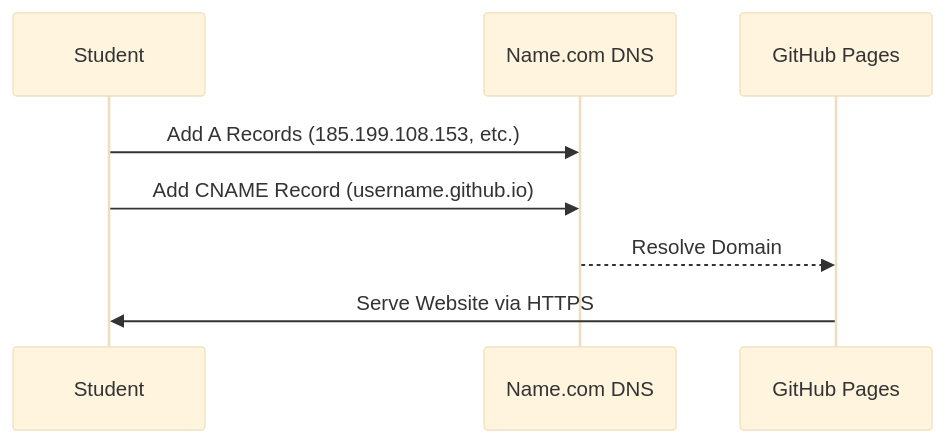
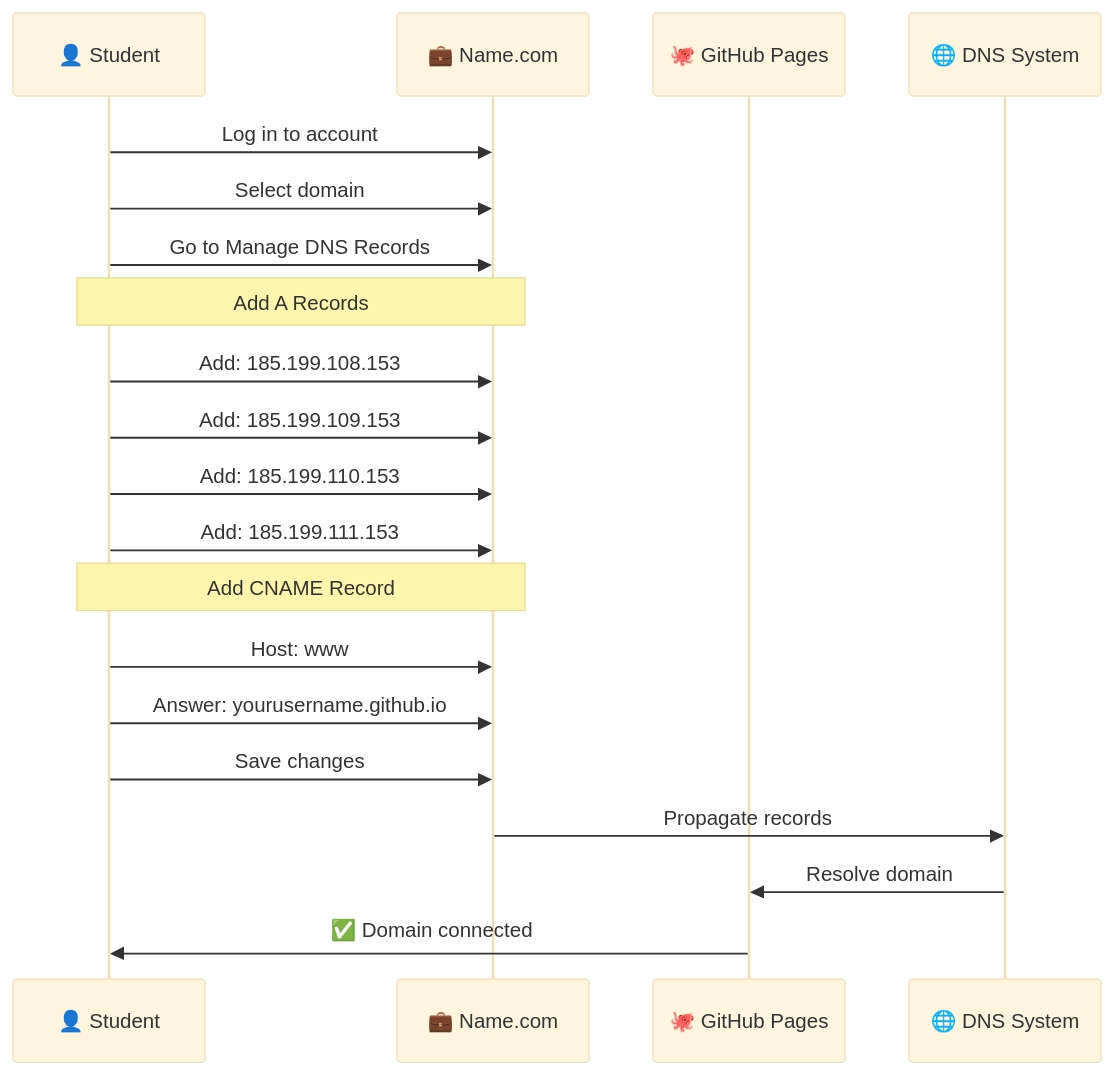
The fourth of 8 diagrams in resources/DOMAIN_SETUP.md (Genovese-Felipe/student-pack), drawn with Mermaid (base theme) before and after one commit. The commit also changed other lines of this file and 8 other files, not shown here.

Commit message:
Enhance documentation with comprehensive Mermaid diagrams and visual flows

````diff
--- a/resources/DOMAIN_SETUP.md
+++ b/resources/DOMAIN_SETUP.md
@@ -25,10 +95,26 @@
 ```mermaid
 sequenceDiagram
-    participant S as Student
-    participant N as Name.com DNS
-    participant G as GitHub Pages
-    S->>N: Add A Records (185.199.108.153, etc.)
-    S->>N: Add CNAME Record (username.github.io)
-    N-->>G: Resolve Domain
-    G->>S: Serve Website via HTTPS
+    participant Student as 👤 Student
+    participant NameCom as 💼 Name.com
+    participant GitHub as 🐙 GitHub Pages
+    participant DNS as 🌐 DNS System
+    
+    Student->>NameCom: Log in to account
+    Student->>NameCom: Select domain
+    Student->>NameCom: Go to Manage DNS Records
+    
+    Note over Student,NameCom: Add A Records
+    Student->>NameCom: Add: 185.199.108.153
+    Student->>NameCom: Add: 185.199.109.153
+    Student->>NameCom: Add: 185.199.110.153
+    Student->>NameCom: Add: 185.199.111.153
+    
+    Note over Student,NameCom: Add CNAME Record
+    Student->>NameCom: Host: www
+    Student->>NameCom: Answer: yourusername.github.io
+    Student->>NameCom: Save changes
+    
+    NameCom->>DNS: Propagate records
+    DNS->>GitHub: Resolve domain
+    GitHub->>Student: ✅ Domain connected
 ```
````
